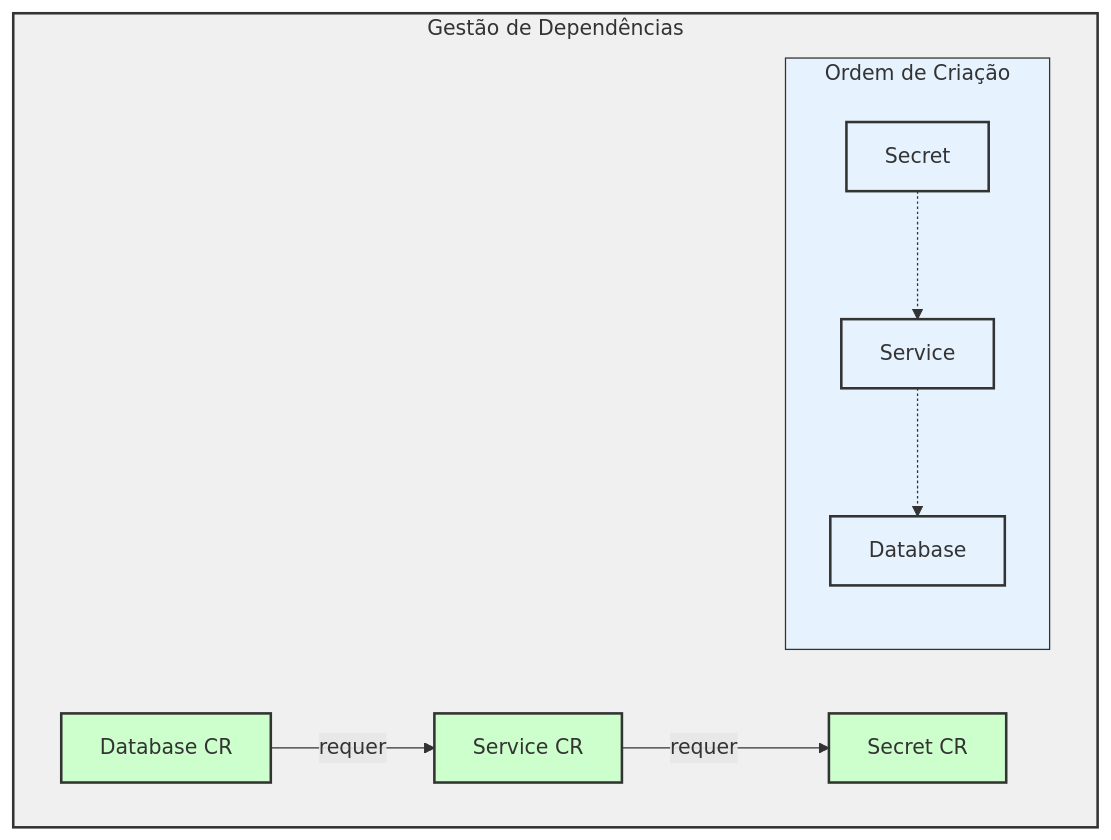
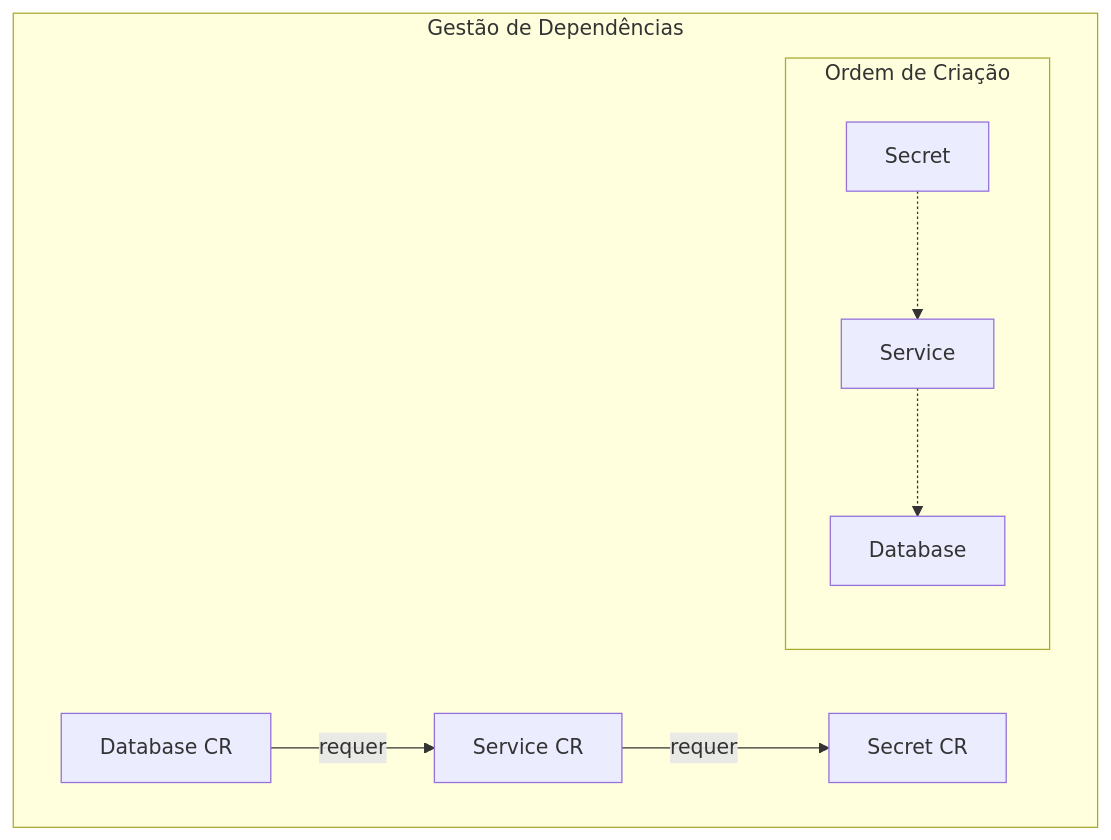
The third of 7 diagrams in docs/extras/advanced-operator-topics.md (cloud104/tcloud-devops-k8s-operators-training), drawn with Mermaid before and after one commit. The commit also changed other lines of this file and 6 other files, not shown here.

First line of the commit message:
docs: revisa material teorico, corrige APIs e melhora diagramas

````diff
--- a/docs/extras/advanced-operator-topics.md
+++ b/docs/extras/advanced-operator-topics.md
@@ -88,27 +85,20 @@
 ```mermaid
 flowchart TD
     subgraph DEP["Gestão de Dependências"]
         DB["Database CR"]
         SVC["Service CR"]
         SEC["Secret CR"]
         
         subgraph ORDER["Ordem de Criação"]
             O1["Secret"]
             O2["Service"]
             O3["Database"]
         end
         
         DB -->|requer| SVC
         SVC -->|requer| SEC
         
         O1 -.-> O2 -.-> O3
     end
     
-    classDef default fill:#f0f0f0,stroke:#333,stroke-width:2px
-    classDef resources fill:#ccffcc,stroke:#333
-    classDef order fill:#e6f3ff,stroke:#333
-    
-    class DEP default
-    class DB,SVC,SEC resources
-    class ORDER,O1,O2,O3 order
 ```
````
